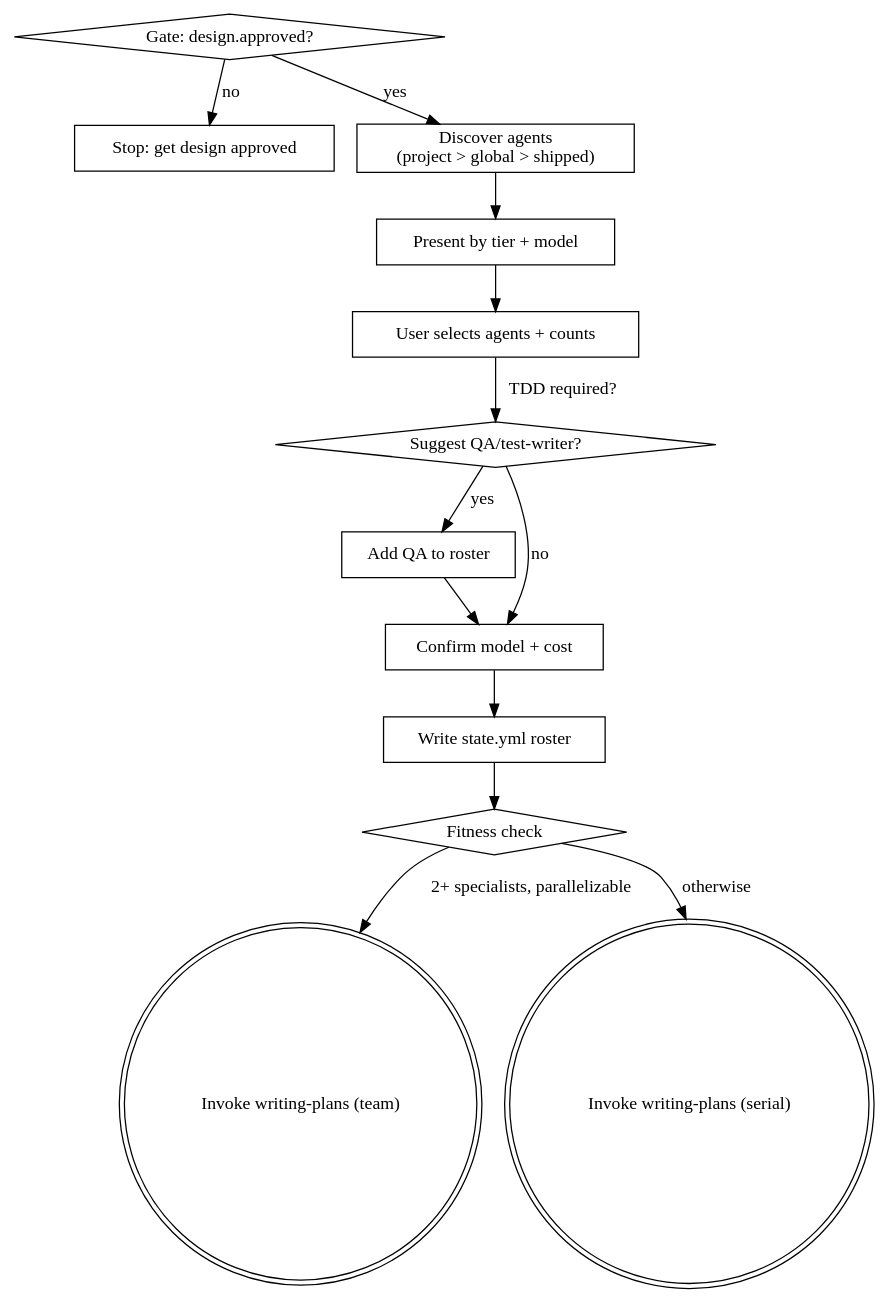
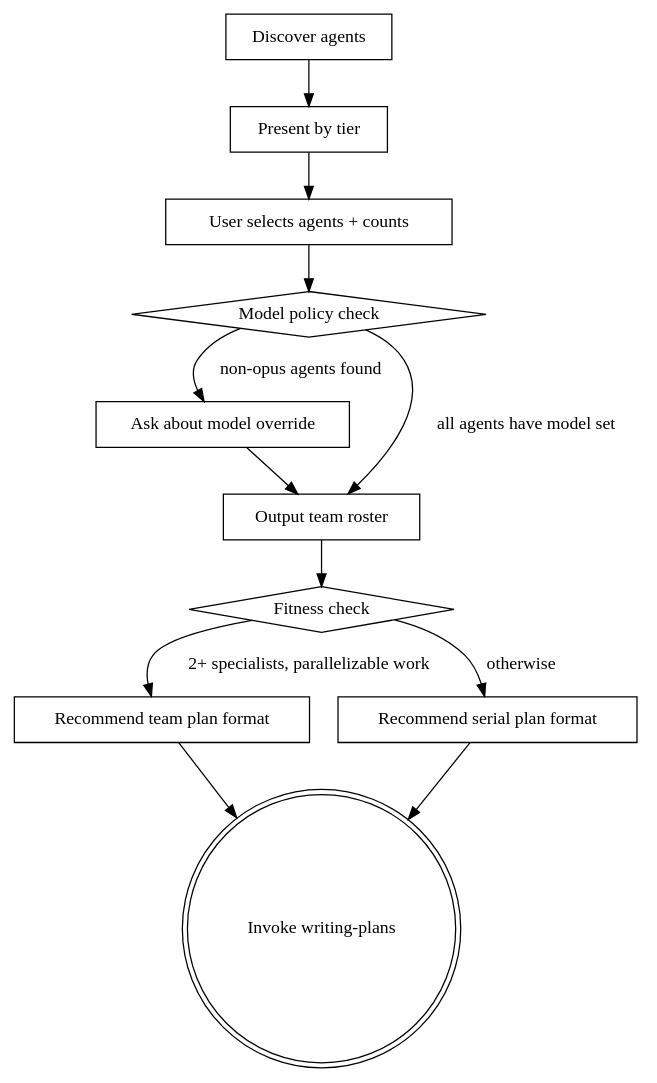
One commit to rahulsc/superpowers changed the diagram in skills/composing-teams/SKILL.md. Above: the diagram before and after it, drawn with Graphviz. The commit also changed other lines of this file and 30 other files, not shown here.

````diff
--- a/skills/composing-teams/SKILL.md
+++ b/skills/composing-teams/SKILL.md
@@ -33,29 +16,26 @@
 ```dot
 digraph composing_teams {
-    "Gate: design.approved?" [shape=diamond];
-    "Stop: get design approved" [shape=box];
-    "Discover agents\n(project > global > shipped)" [shape=box];
-    "Present by tier + model" [shape=box];
+    "Discover agents" [shape=box];
+    "Present by tier" [shape=box];
     "User selects agents + counts" [shape=box];
-    "Suggest QA/test-writer?" [shape=diamond];
-    "Add QA to roster" [shape=box];
-    "Confirm model + cost" [shape=box];
-    "Write state.yml roster" [shape=box];
+    "Model policy check" [shape=diamond];
+    "Ask about model override" [shape=box];
+    "Output team roster" [shape=box];
     "Fitness check" [shape=diamond];
-    "Invoke writing-plans (team)" [shape=doublecircle];
-    "Invoke writing-plans (serial)" [shape=doublecircle];
+    "Recommend team plan format" [shape=box];
+    "Recommend serial plan format" [shape=box];
+    "Invoke writing-plans" [shape=doublecircle];
 
-    "Gate: design.approved?" -> "Stop: get design approved" [label="no"];
-    "Gate: design.approved?" -> "Discover agents\n(project > global > shipped)" [label="yes"];
-    "Discover agents\n(project > global > shipped)" -> "Present by tier + model";
-    "Present by tier + model" -> "User selects agents + counts";
-    "User selects agents + counts" -> "Suggest QA/test-writer?" [label="TDD required?"];
-    "Suggest QA/test-writer?" -> "Add QA to roster" [label="yes"];
-    "Suggest QA/test-writer?" -> "Confirm model + cost" [label="no"];
-    "Add QA to roster" -> "Confirm model + cost";
-    "Confirm model + cost" -> "Write state.yml roster";
-    "Write state.yml roster" -> "Fitness check";
-    "Fitness check" -> "Invoke writing-plans (team)" [label="2+ specialists, parallelizable"];
-    "Fitness check" -> "Invoke writing-plans (serial)" [label="otherwise"];
+    "Discover agents" -> "Present by tier";
+    "Present by tier" -> "User selects agents + counts";
+    "User selects agents + counts" -> "Model policy check";
+    "Model policy check" -> "Ask about model override" [label="non-opus agents found"];
+    "Model policy check" -> "Output team roster" [label="all agents have model set"];
+    "Ask about model override" -> "Output team roster";
+    "Output team roster" -> "Fitness check";
+    "Fitness check" -> "Recommend team plan format" [label="2+ specialists, parallelizable work"];
+    "Fitness check" -> "Recommend serial plan format" [label="otherwise"];
+    "Recommend team plan format" -> "Invoke writing-plans";
+    "Recommend serial plan format" -> "Invoke writing-plans";
 }
 ```
````
